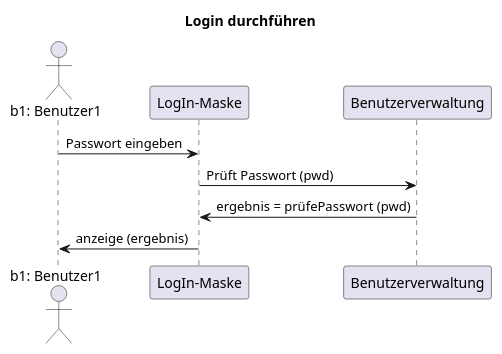
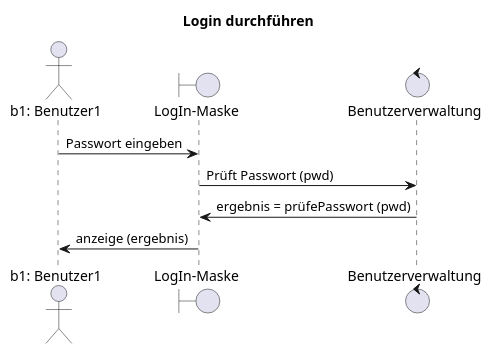
The first of 2 diagrams in Sequenzdiagramm.puml (fischy93/UML_Hagenberg2024-2025), drawn with PlantUML before and after one commit. The commit also changed other lines of this file and 2 other files, not shown here.

```diff
--- a/Sequenzdiagramm.puml
+++ b/Sequenzdiagramm.puml
@@ -1,13 +1,13 @@
 @startuml
 
 title "Login durchführen"
 
 actor "b1: Benutzer1" as b1
-participant "LogIn-Maske" as loginMask 
-participant "Benutzerverwaltung" as userManagement 
+boundary "LogIn-Maske" as loginMask 
+control "Benutzerverwaltung" as userManagement 
 b1 -> loginMask: Passwort eingeben
 loginMask -> userManagement: Prüft Passwort (pwd)
 userManagement -> loginMask : ergebnis = prüfePasswort (pwd)
 loginMask -> b1 : anzeige (ergebnis)
 
 @enduml
```
